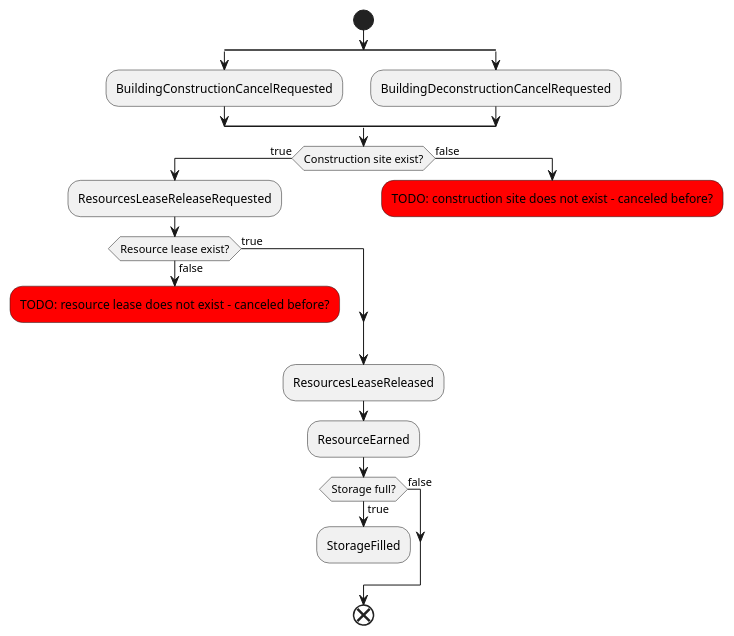
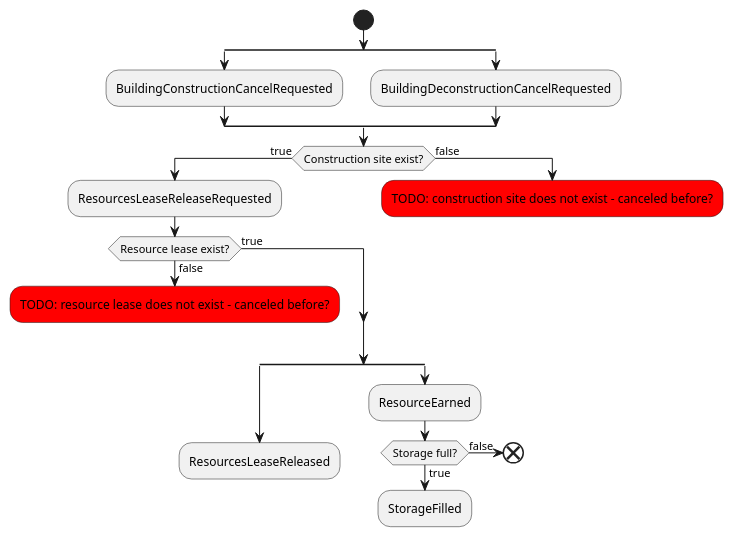
The diagram in docs/building-construction-and-deconstruction-cancellation-flow.puml (tomekbielaszewski/ogame-clone), drawn with PlantUML before and after one commit.

Commit message:
improved building (de)construction cancellation flow graph

```diff
--- a/docs/building-construction-and-deconstruction-cancellation-flow.puml
+++ b/docs/building-construction-and-deconstruction-cancellation-flow.puml
@@ -1,34 +1,36 @@
 @startuml
 
 start
 
 split
 :BuildingConstructionCancelRequested;
 split again
 :BuildingDeconstructionCancelRequested;
 end split
 
 if (Construction site exist?) then (true)
     :ResourcesLeaseReleaseRequested;
     if (Resource lease exist?) then (true)
     else (false)
         #red:TODO: resource lease does not exist - canceled before?;
         detach;
     endif
 else (false)
     #red:TODO: construction site does not exist - canceled before?;
     detach;
 endif
 
-:ResourcesLeaseReleased;
-:ResourceEarned;
-
-if (Storage full?) then (true)
-    :StorageFilled;
-else (false)
-endif
-detach
-
-end
+split
+    :ResourcesLeaseReleased;
+    detach
+split again
+    :ResourceEarned;
+    if (Storage full?) then (true)
+        :StorageFilled;
+        detach
+    else (false)
+    end
+    endif
+end split
 
 @enduml
```
